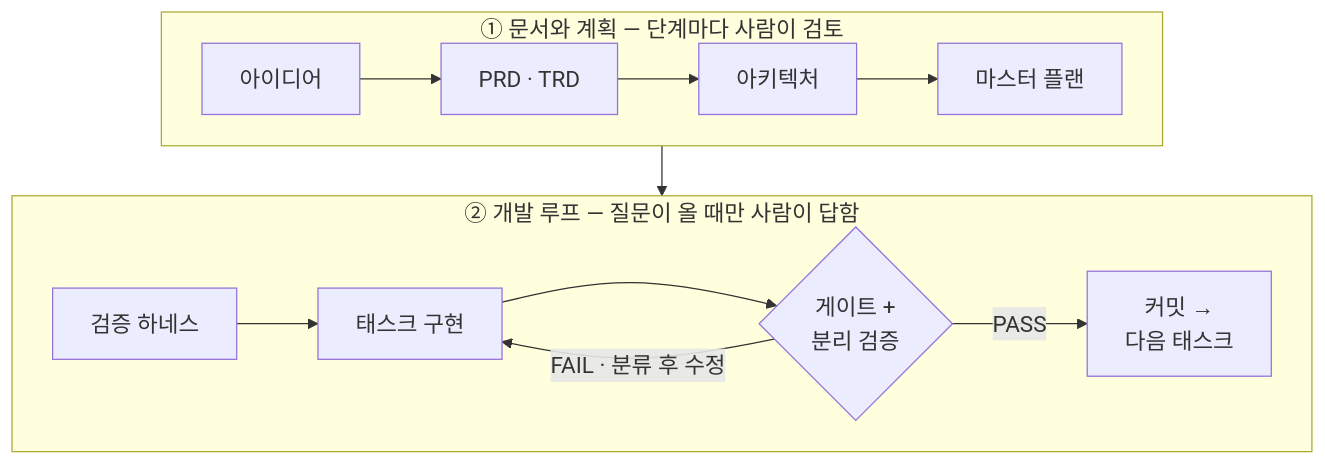
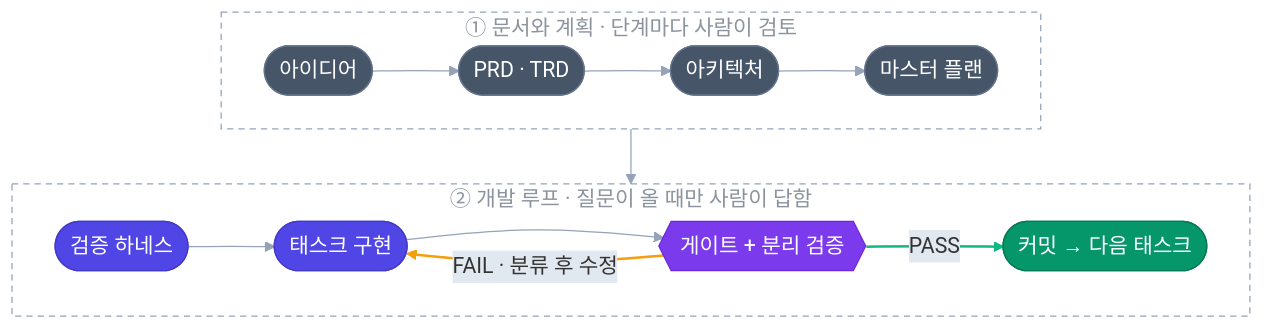
One commit to GangJaeYu/harness_loop_full_korean changed the diagram in README.md. Above: the diagram before and after it, drawn with Mermaid. The commit also changed 1 other file, not shown here.

Commit message:
README 흐름도 디자인 — 알약형 노드·단계별 색(문서 슬레이트/루프 인디고/검증 바이올렛/완료 에메랄드), 점선 그룹, FAIL 주황·PASS 초록 화살표. 라이트·다크 모드 모두 확인

````diff
--- a/README.md
+++ b/README.md
@@ -20,15 +20,27 @@
 ```mermaid
-%%{init: {'themeVariables': {'fontSize': '18px'}, 'flowchart': {'nodeSpacing': 30, 'rankSpacing': 40}}}%%
+%%{init: {'theme': 'base', 'themeVariables': {'fontSize': '17px', 'lineColor': '#94a3b8', 'edgeLabelBackground': '#e2e8f0', 'titleColor': '#8b949e'}, 'flowchart': {'curve': 'basis', 'nodeSpacing': 34, 'rankSpacing': 44, 'padding': 14}}}%%
 flowchart TB
-    subgraph S1["① 문서와 계획 — 단계마다 사람이 검토"]
+    subgraph S1["① 문서와 계획 · 단계마다 사람이 검토"]
         direction LR
-        A[아이디어] --> B[PRD · TRD] --> C[아키텍처] --> D[마스터 플랜]
+        A([아이디어]) --> B([PRD · TRD]) --> C([아키텍처]) --> D([마스터 플랜])
     end
-    subgraph S2["② 개발 루프 — 질문이 올 때만 사람이 답함"]
+    subgraph S2["② 개발 루프 · 질문이 올 때만 사람이 답함"]
         direction LR
-        E[검증 하네스] --> G[태스크 구현] --> V{게이트 +<br/>분리 검증}
-        V -->|FAIL · 분류 후 수정| G
-        V -->|PASS| H[커밋 →<br/>다음 태스크]
+        E([검증 하네스]) --> G([태스크 구현]) --> V{{게이트 + 분리 검증}}
+        V -- "FAIL · 분류 후 수정" --> G
+        V -- PASS --> H([커밋 → 다음 태스크])
     end
     S1 --> S2
+    classDef doc fill:#475569,stroke:#64748b,color:#ffffff,stroke-width:1px
+    classDef build fill:#4f46e5,stroke:#4338ca,color:#ffffff,stroke-width:1px
+    classDef check fill:#7c3aed,stroke:#6d28d9,color:#ffffff,stroke-width:1px
+    classDef done fill:#059669,stroke:#047857,color:#ffffff,stroke-width:1px
+    class A,B,C,D doc
+    class E,G build
+    class V check
+    class H done
+    style S1 fill:none,stroke:#94a3b8,stroke-width:1px,stroke-dasharray:5 4,color:#8b949e
+    style S2 fill:none,stroke:#94a3b8,stroke-width:1px,stroke-dasharray:5 4,color:#8b949e
+    linkStyle 5 stroke:#f59e0b,stroke-width:2px
+    linkStyle 6 stroke:#10b981,stroke-width:2px
 ```
````
